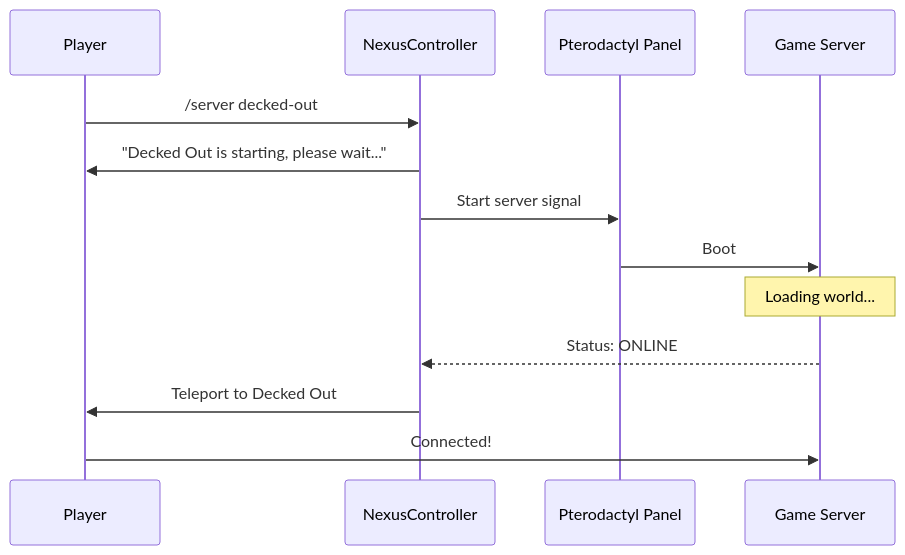
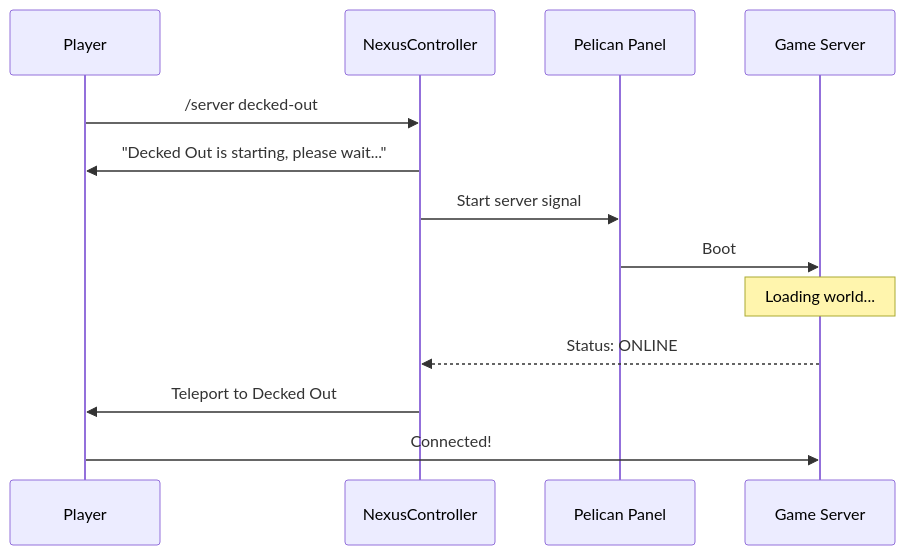
One commit to Slabserver/slabserver.github.io changed the second of 2 diagrams in docs/documentation/nexus/architecture.md. Above: the diagram before and after it, drawn with Mermaid. The commit also changed other lines of this file and 4 other files, not shown here.

````diff
--- a/docs/documentation/nexus/architecture.md
+++ b/docs/documentation/nexus/architecture.md
@@ -82,16 +82,16 @@
 ```mermaid
 sequenceDiagram
     participant P as Player
     participant NC as NexusController
-    participant Panel as Pterodactyl Panel
+    participant Panel as Pelican Panel
     participant S as Game Server
 
     P->>NC: /server decked-out
     NC->>P: "Decked Out is starting, please wait..."
     NC->>Panel: Start server signal
     Panel->>S: Boot
     Note over S: Loading world...
     S-->>NC: Status: ONLINE
     NC->>P: Teleport to Decked Out
     P->>S: Connected!
 ```
````
